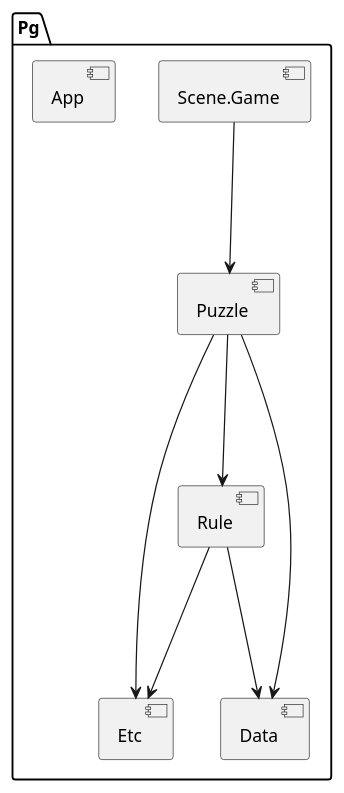
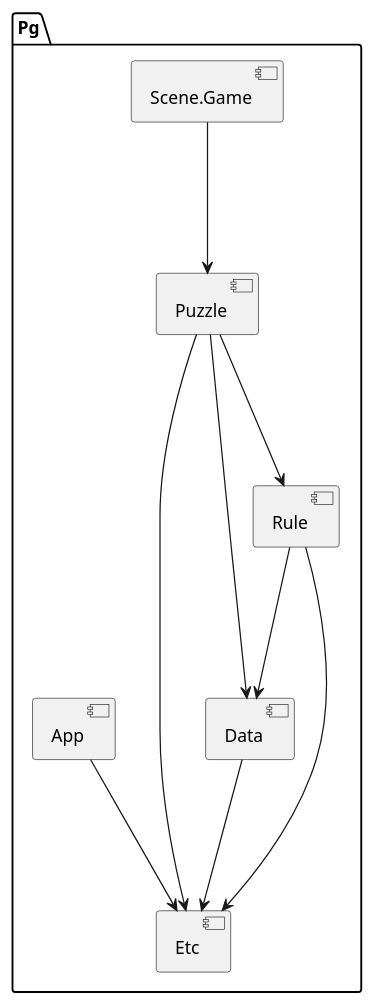
One commit to kuniyoshi/Pg changed the diagram in Documents/module.puml. Above: the diagram before and after it, drawn with PlantUML. The commit also changed 13 other files, not shown here.

```diff
--- a/Documents/module.puml
+++ b/Documents/module.puml
@@ -1,49 +1,20 @@
 @startuml
-'https://plantuml.com/component-diagram
 
 package "Pg" {
+    [Etc]
+    [Data]
+    [Rule]
+    [Puzzle]
     [Scene.Game]
     [App]
-    [Etc]
-    [Puzzle]
-    [Rule]
-    [Data]
+    Data ---> Etc
+    Rule ---> Etc
     Rule ---> Data
-    Rule ---> Etc
     Puzzle ---> Etc
     Puzzle ---> Data
     Puzzle ---> Rule
     Scene.Game ---> Puzzle
+    App ---> Etc
 }
 
-
-'package "Some Group" {
-'  HTTP - [First Component]
-'  [Another Component]
-'}
-'
-'node "Other Groups" {
-'  FTP - [Second Component]
-'  [First Component] --> FTP
-'}
-'
-'cloud {
-'  [Example 1]
-'}
-'
-'
-'database "MySql" {
-'  folder "This is my folder" {
-'    [Folder 3]
-'  }
-'  frame "Foo" {
-'    [Frame 4]
-'  }
-'}
-'
-'
-'[Another Component] --> [Example 1]
-'[Example 1] --> [Folder 3]
-'[Folder 3] --> [Frame 4]
-
 @enduml
```
